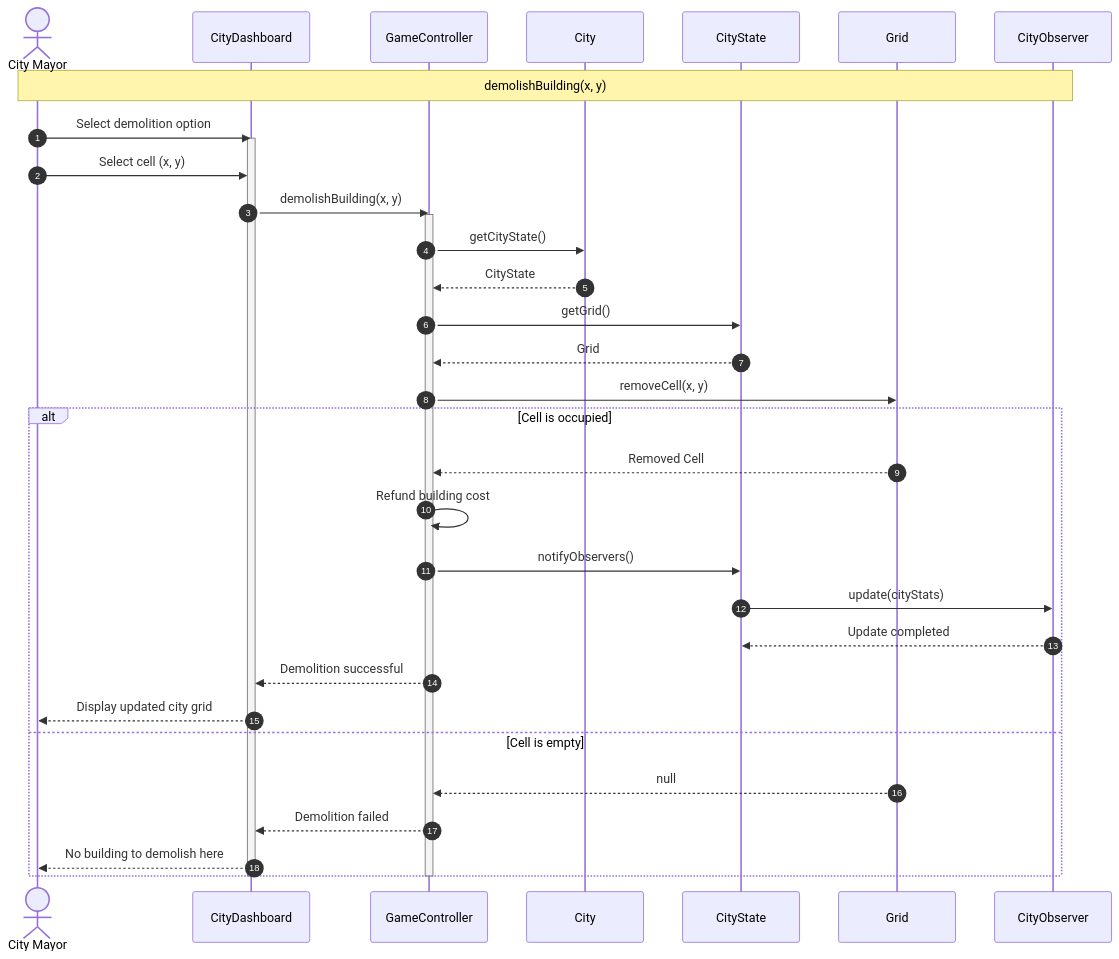
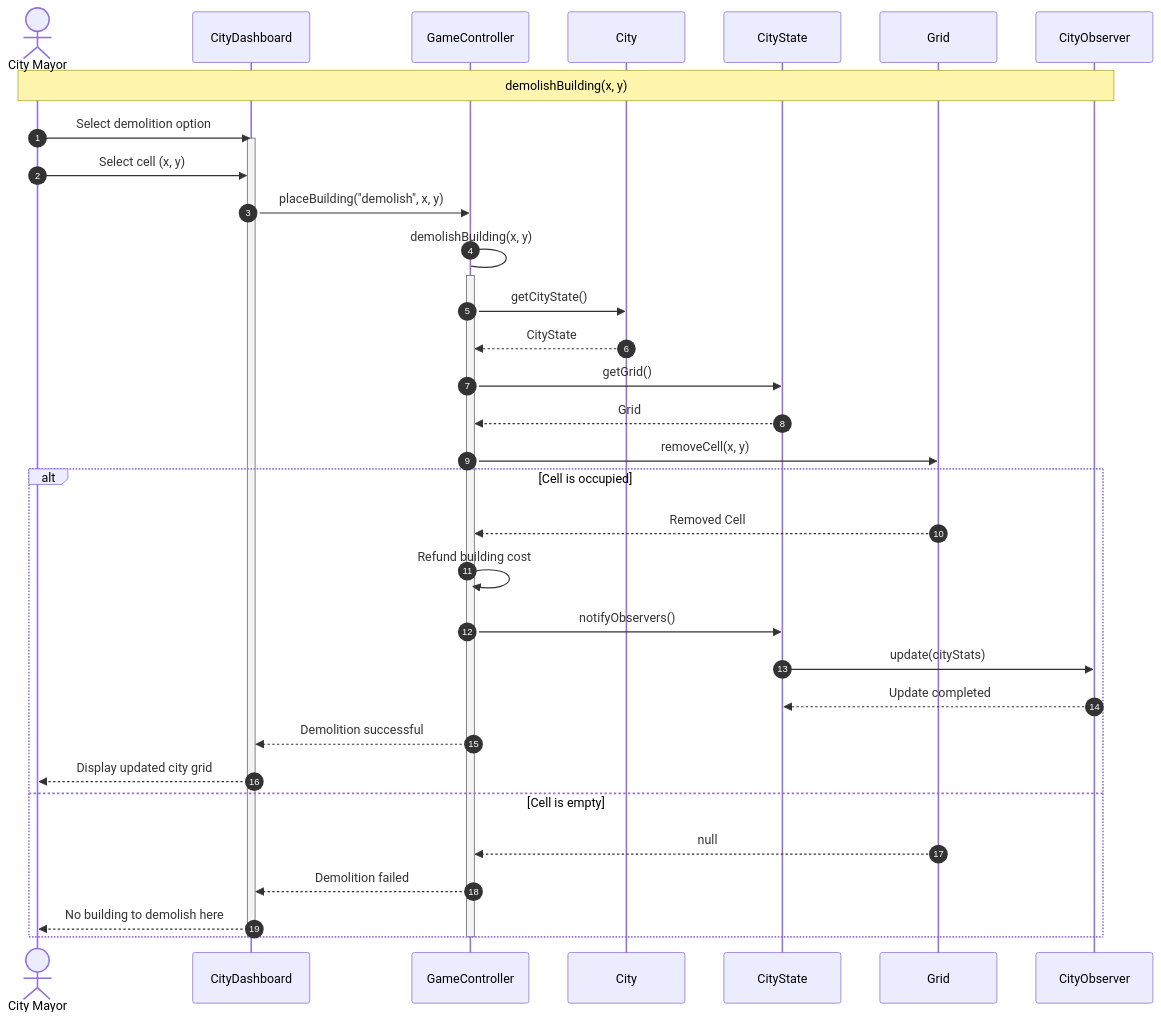
One commit to andreatoson3-netizen/Amatriciana changed the diagram in docs/INTERNAL-SEQUENCE-DIAGRAM/isd-demolish-entity.md. Above: the diagram before and after it, drawn with Mermaid.

````diff
--- a/docs/INTERNAL-SEQUENCE-DIAGRAM/isd-demolish-entity.md
+++ b/docs/INTERNAL-SEQUENCE-DIAGRAM/isd-demolish-entity.md
@@ -1,46 +1,47 @@
 ```mermaid
 sequenceDiagram
     autonumber
     actor Mayor as City Mayor
     participant Dashboard as CityDashboard
     participant Controller as GameController
     participant City as City
     participant State as CityState
     participant Grid as Grid
     participant Observer as CityObserver
 
     Note over Mayor,Observer: demolishBuilding(x, y)
 
     Mayor->>Dashboard: Select demolition option
     activate Dashboard
 
     Mayor->>Dashboard: Select cell (x, y)
-    Dashboard->>Controller: demolishBuilding(x, y)
+    Dashboard->>Controller: placeBuilding("demolish", x, y)
+    Controller -> Controller: demolishBuilding(x, y)
     activate Controller
 
     Controller->>City: getCityState()
     City-->>Controller: CityState
 
     Controller->>State: getGrid()
     State-->>Controller: Grid
 
     Controller->>Grid: removeCell(x, y)
 
     alt Cell is occupied
         Grid-->>Controller: Removed Cell
         Controller->>Controller: Refund building cost
         Controller->>State: notifyObservers()
         State->>Observer: update(cityStats)
         Observer-->>State: Update completed
         Controller-->>Dashboard: Demolition successful
         Dashboard-->>Mayor: Display updated city grid
 
     else Cell is empty
         Grid-->>Controller: null
         Controller-->>Dashboard: Demolition failed
         Dashboard-->>Mayor: No building to demolish here
     end
 
     deactivate Controller
     deactivate Dashboard
 ```
````
